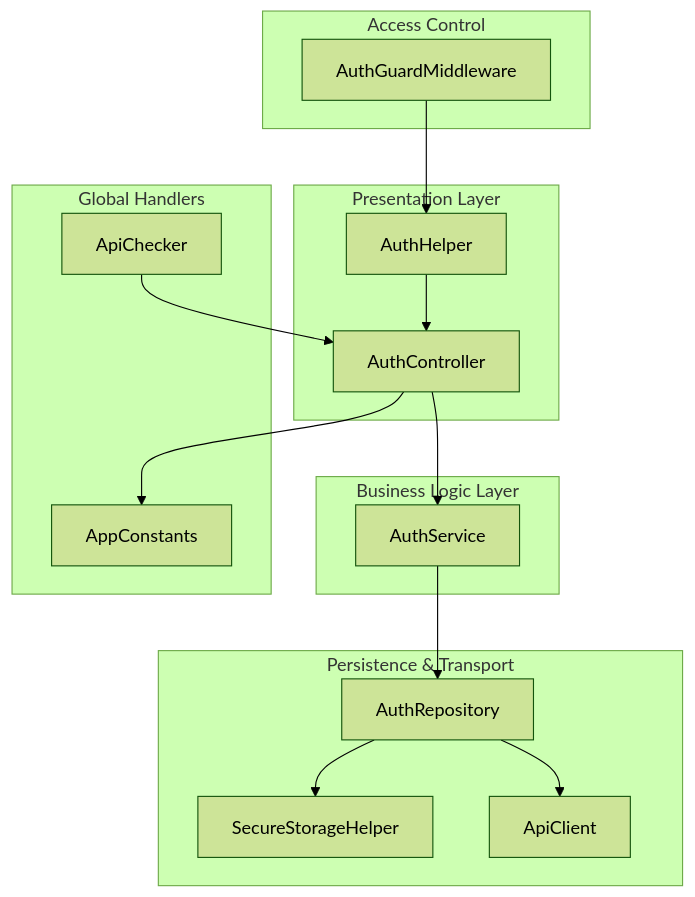
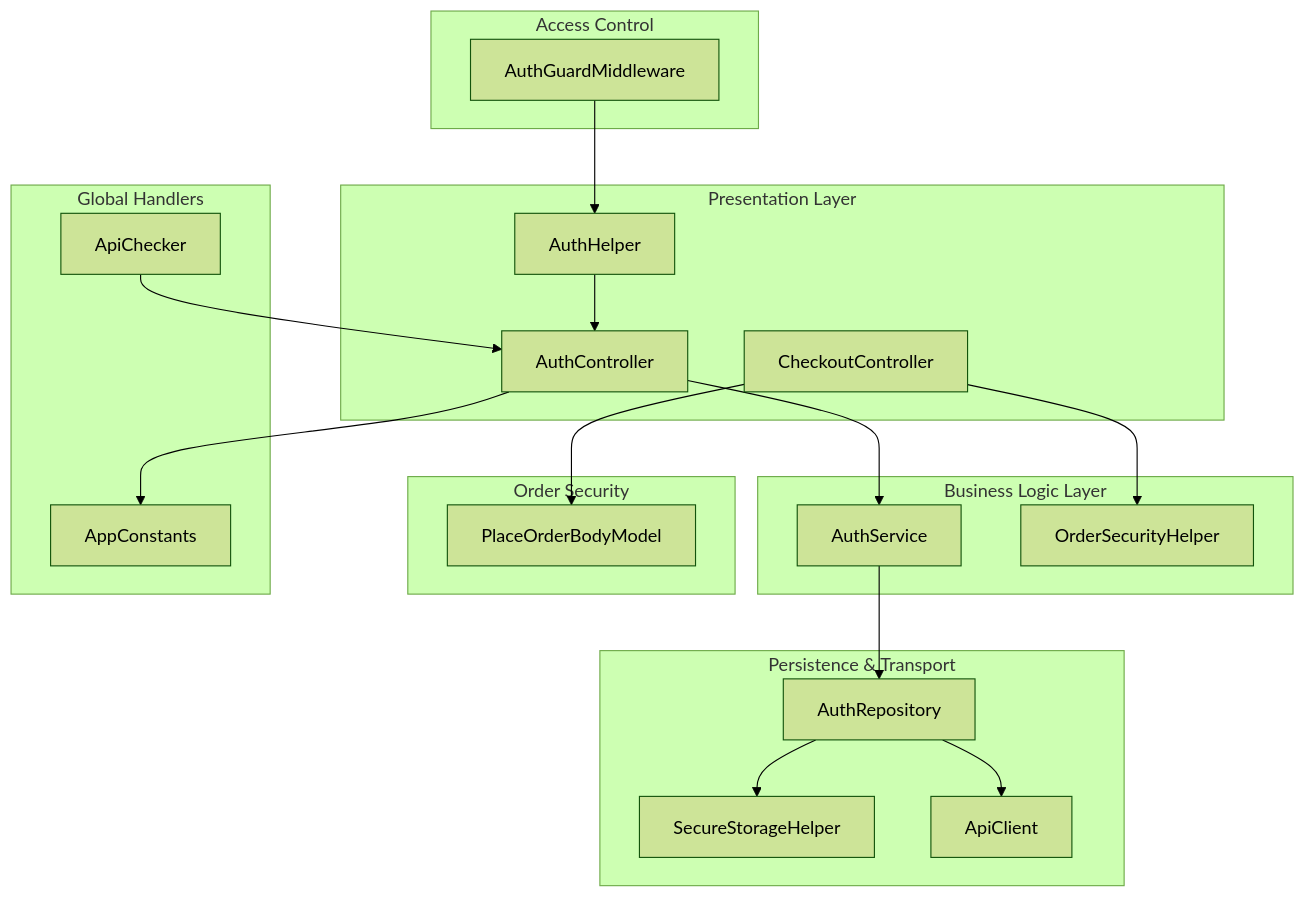
Before and after one commit to Hamdies/waddy_user: the first of 4 diagrams in .qoder/repowiki/en/content/Authentication System/Security Implementation.md, drawn with Mermaid (forest theme). The commit also changed other lines of this file and 773 other files, not shown here.

````diff
--- a/.qoder/repowiki/en/content/Authentication System/Security Implementation.md
+++ b/.qoder/repowiki/en/content/Authentication System/Security Implementation.md
@@ -41,30 +52,37 @@
 ```mermaid
 graph TB
 subgraph "Presentation Layer"
 AC["AuthController"]
+CC["CheckoutController"]
 AH["AuthHelper"]
 end
 subgraph "Business Logic Layer"
 AS["AuthService"]
+OSH["OrderSecurityHelper"]
 end
 subgraph "Persistence & Transport"
 AR["AuthRepository"]
 SC["SecureStorageHelper"]
 API["ApiClient"]
 end
 subgraph "Access Control"
 MW["AuthGuardMiddleware"]
 end
+subgraph "Order Security"
+POBM["PlaceOrderBodyModel"]
+end
 subgraph "Global Handlers"
 ACk["ApiChecker"]
 C["AppConstants"]
 end
 AC --> AS
+CC --> OSH
+CC --> POBM
 AS --> AR
 AR --> API
 AR --> SC
 AH --> AC
 MW --> AH
 ACk --> AC
 AC --> C
 ```
````
